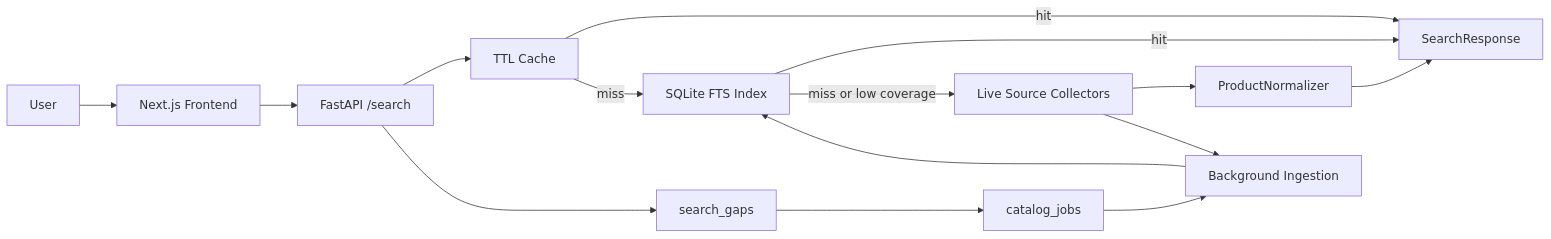
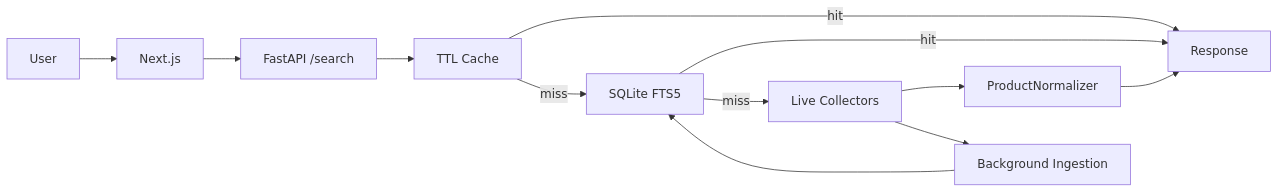
One commit to amuldi/GlowSearch changed the diagram in README.en.md. Above: the diagram before and after it, drawn with Mermaid. The commit also changed other lines of this file and 1 other file, not shown here.

````diff
--- a/README.en.md
+++ b/README.en.md
@@ -194,17 +82,14 @@
 ```mermaid
 flowchart LR
-  User["User"] --> Frontend["Next.js Frontend"]
-  Frontend --> SearchAPI["FastAPI /search"]
-  SearchAPI --> Cache["TTL Cache"]
-  Cache -->|hit| Response["SearchResponse"]
-  Cache -->|miss| Index["SQLite FTS Index"]
-  Index -->|hit| Response
-  Index -->|miss or low coverage| Collectors["Live Source Collectors"]
+  User --> FE["Next.js"]
+  FE --> API["FastAPI /search"]
+  API --> Cache["TTL Cache"]
+  Cache -->|hit| Res["Response"]
+  Cache -->|miss| Index["SQLite FTS5"]
+  Index -->|hit| Res
+  Index -->|miss| Collectors["Live Collectors"]
   Collectors --> Normalizer["ProductNormalizer"]
-  Normalizer --> Response
-  Collectors --> Background["Background Ingestion"]
-  Background --> Index
-  SearchAPI --> Gaps["search_gaps"]
-  Gaps --> Jobs["catalog_jobs"]
-  Jobs --> Background
+  Normalizer --> Res
+  Collectors --> BG["Background Ingestion"]
+  BG --> Index
 ```
````
